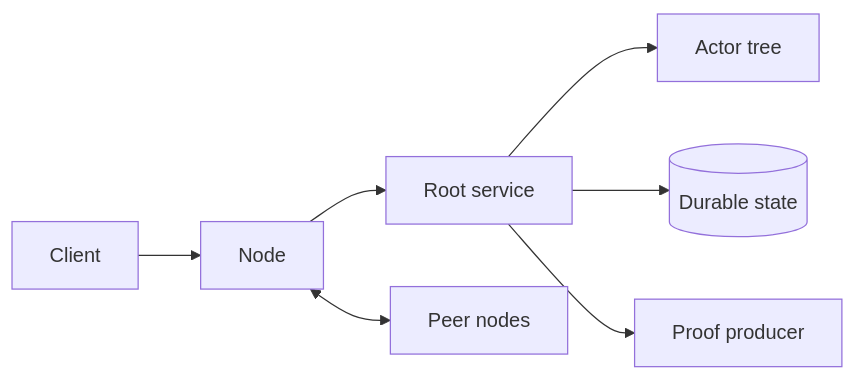
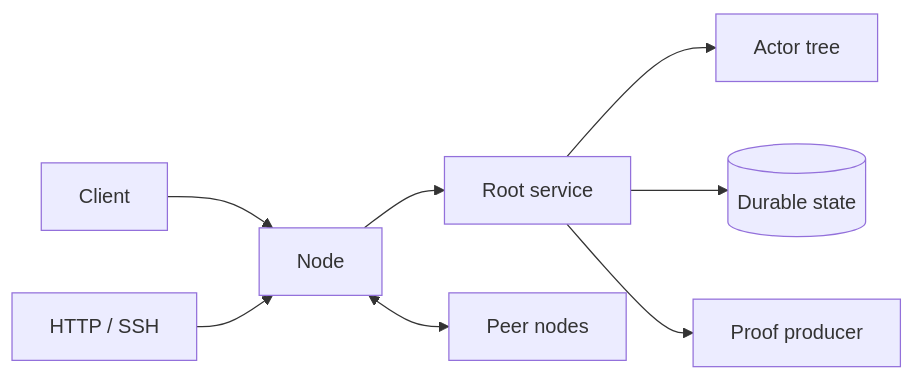
One commit to virto-network/vos changed the diagram in README.md. Above: the diagram before and after it, drawn with Mermaid. The commit also changed other lines of this file and 57 other files, not shown here.

````diff
--- a/README.md
+++ b/README.md
@@ -7,9 +7,10 @@
 ```mermaid
 flowchart LR
     C[Client] --> N[Node]
     N --> R[Root service]
+    H[HTTP / SSH] --> N
     R --> A[Actor tree]
     R --> S[(Durable state)]
     N <--> P[Peer nodes]
     R --> Q[Proof producer]
 ```
````
